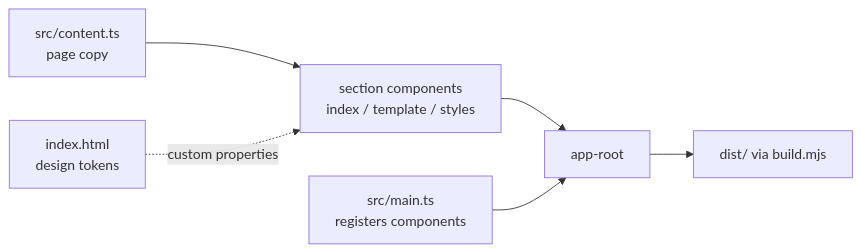
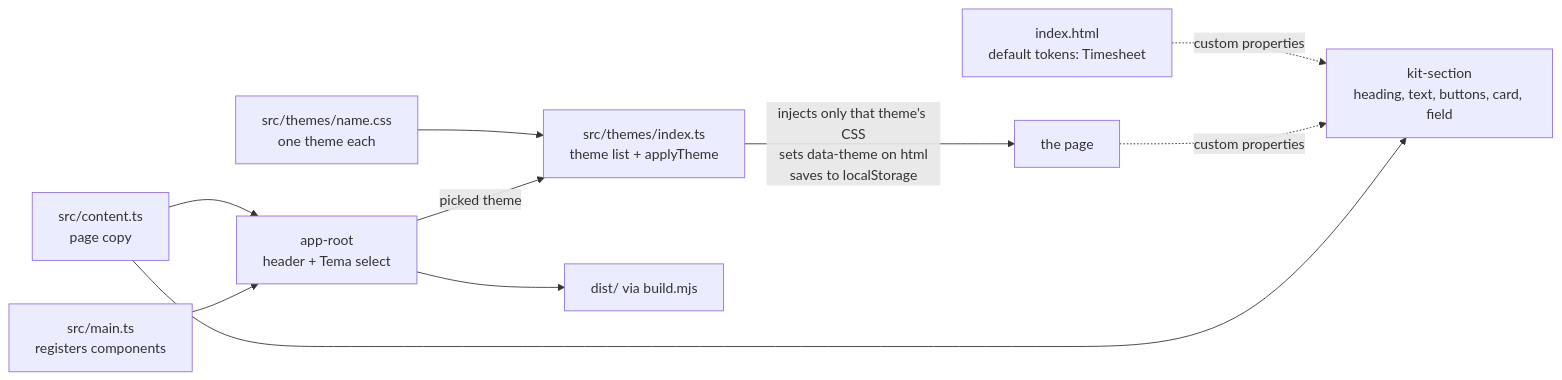
One commit to glideroggan/webpage-template changed the diagram in README.md. Above: the diagram before and after it, drawn with Mermaid. The commit also changed other lines of this file and 60 other files, not shown here.

Commit message:
biolit-hackathon-starter#1681: A theme switcher: Timesheet's styling as the default plus the 4 workshop directions, switchable in the page

````diff
--- a/README.md
+++ b/README.md
@@ -34,8 +45,12 @@
 ```mermaid
 flowchart LR
-  C[src/content.ts<br/>page copy] --> S[section components<br/>index / template / styles]
-  T[index.html<br/>design tokens] -.custom properties.-> S
-  S --> R[app-root]
-  M[src/main.ts<br/>registers components] --> R
-  R --> D[dist/ via build.mjs]
+  H[index.html<br/>default tokens: Timesheet] -.custom properties.-> K
+  F[src/themes/name.css<br/>one theme each] --> I[src/themes/index.ts<br/>theme list + applyTheme]
+  A[app-root<br/>header + Tema select] -- picked theme --> I
+  I -- injects only that theme's CSS<br/>sets data-theme on html<br/>saves to localStorage --> P[the page]
+  P -.custom properties.-> K[kit-section<br/>heading, text, buttons, card, field]
+  C[src/content.ts<br/>page copy] --> A
+  C --> K
+  M[src/main.ts<br/>registers components] --> A
+  A --> D[dist/ via build.mjs]
 ```
````
